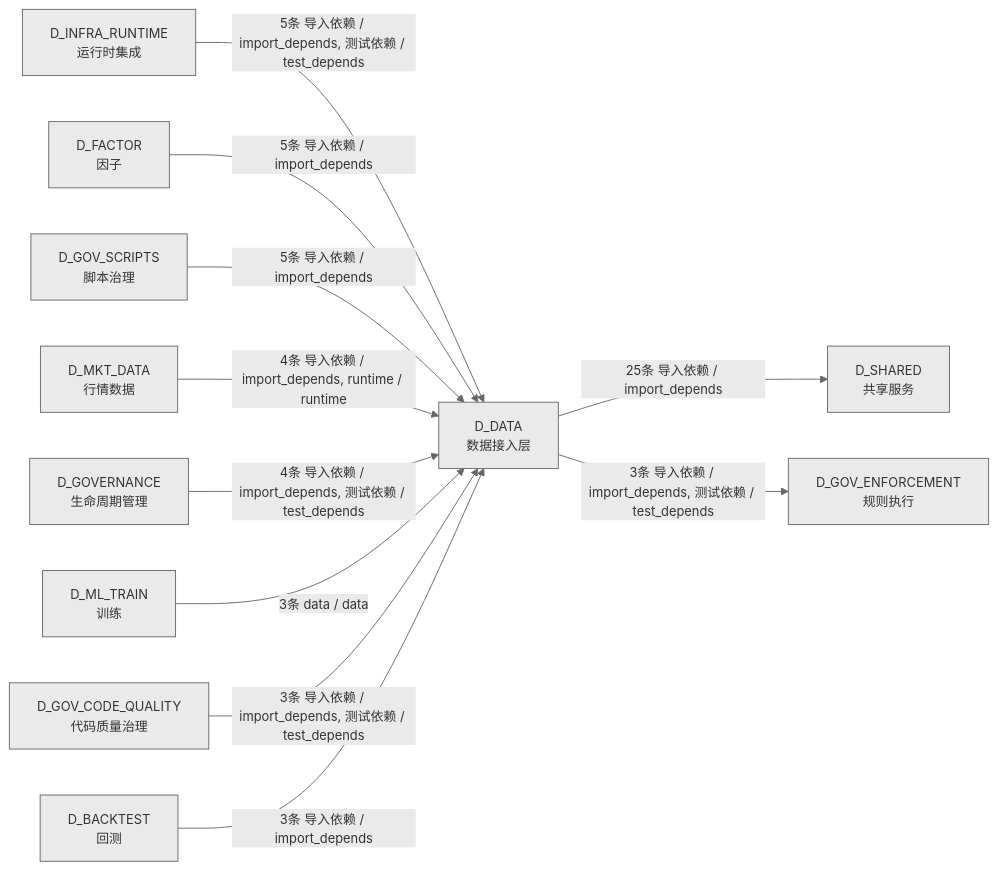
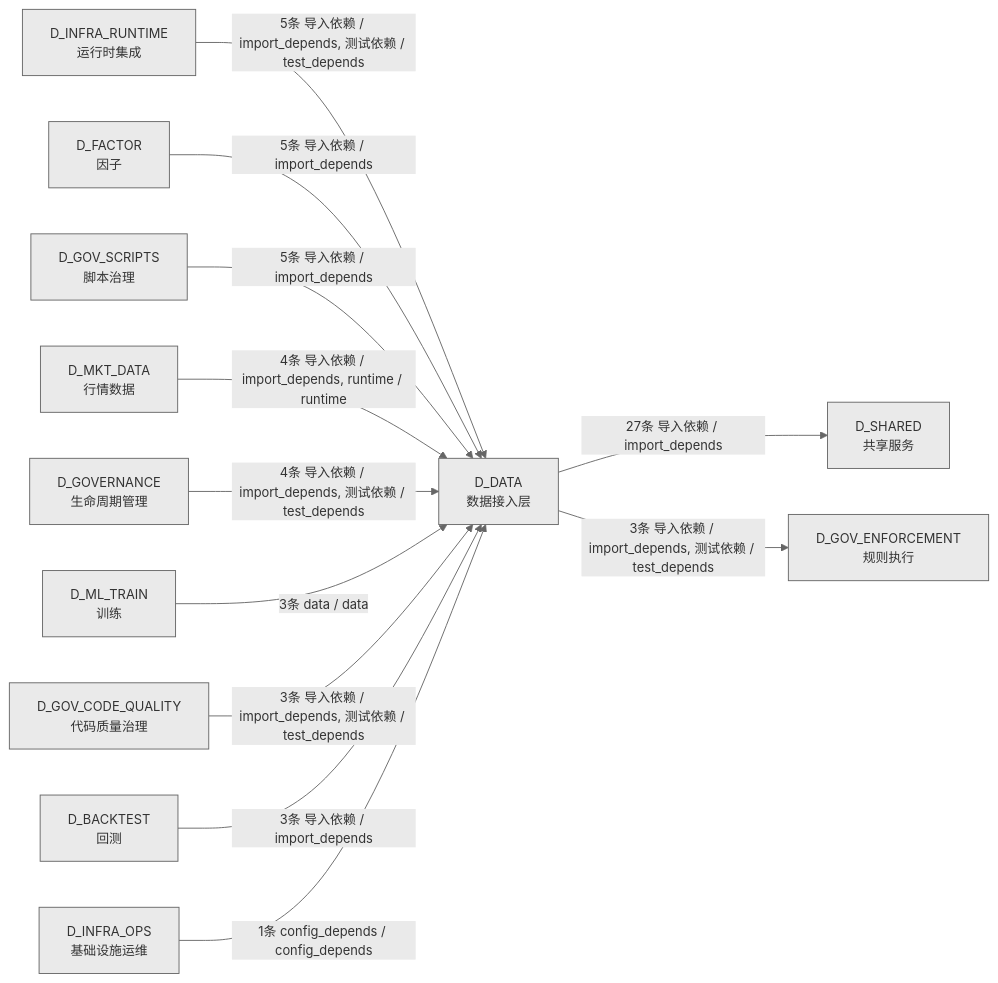
The fourth of 4 diagrams in docs/02_enterprise_architecture/02_domain_architecture_docs/11_d_data.md (xuanFelixVan/ZephyrAlpha), drawn with Mermaid before and after one commit. The commit also changed other lines of this file and 60 other files, not shown here.

````diff
--- a/docs/02_enterprise_architecture/02_domain_architecture_docs/11_d_data.md
+++ b/docs/02_enterprise_architecture/02_domain_architecture_docs/11_d_data.md
@@ -1425,25 +1441,27 @@
 ```mermaid
 %%{init: {'theme': 'base', 'themeVariables': {'primaryColor': '#eaeaea', 'primaryTextColor': '#333333', 'primaryBorderColor': '#666666', 'lineColor': '#666666', 'secondaryColor': '#eaeaea', 'tertiaryColor': '#eaeaea', 'fontSize': '14px'}}}%%
 graph LR
     D_DATA["D_DATA<br/>数据接入层"]
     D_SHARED["D_SHARED<br/>共享服务"]
     D_GOV_ENFORCEMENT["D_GOV_ENFORCEMENT<br/>规则执行"]
     D_INFRA_RUNTIME["D_INFRA_RUNTIME<br/>运行时集成"]
     D_FACTOR["D_FACTOR<br/>因子"]
     D_GOV_SCRIPTS["D_GOV_SCRIPTS<br/>脚本治理"]
     D_MKT_DATA["D_MKT_DATA<br/>行情数据"]
     D_GOVERNANCE["D_GOVERNANCE<br/>生命周期管理"]
     D_ML_TRAIN["D_ML_TRAIN<br/>训练"]
     D_GOV_CODE_QUALITY["D_GOV_CODE_QUALITY<br/>代码质量治理"]
     D_BACKTEST["D_BACKTEST<br/>回测"]
-    D_DATA -->|25条 导入依赖 / import_depends| D_SHARED
+    D_INFRA_OPS["D_INFRA_OPS<br/>基础设施运维"]
+    D_DATA -->|27条 导入依赖 / import_depends| D_SHARED
     D_DATA -->|3条 导入依赖 / import_depends, 测试依赖 / test_depends| D_GOV_ENFORCEMENT
     D_INFRA_RUNTIME -->|5条 导入依赖 / import_depends, 测试依赖 / test_depends| D_DATA
     D_FACTOR -->|5条 导入依赖 / import_depends| D_DATA
     D_GOV_SCRIPTS -->|5条 导入依赖 / import_depends| D_DATA
     D_MKT_DATA -->|4条 导入依赖 / import_depends, runtime / runtime| D_DATA
     D_GOVERNANCE -->|4条 导入依赖 / import_depends, 测试依赖 / test_depends| D_DATA
     D_ML_TRAIN -->|3条 data / data| D_DATA
     D_GOV_CODE_QUALITY -->|3条 导入依赖 / import_depends, 测试依赖 / test_depends| D_DATA
     D_BACKTEST -->|3条 导入依赖 / import_depends| D_DATA
+    D_INFRA_OPS -->|1条 config_depends / config_depends| D_DATA
 ```
````
